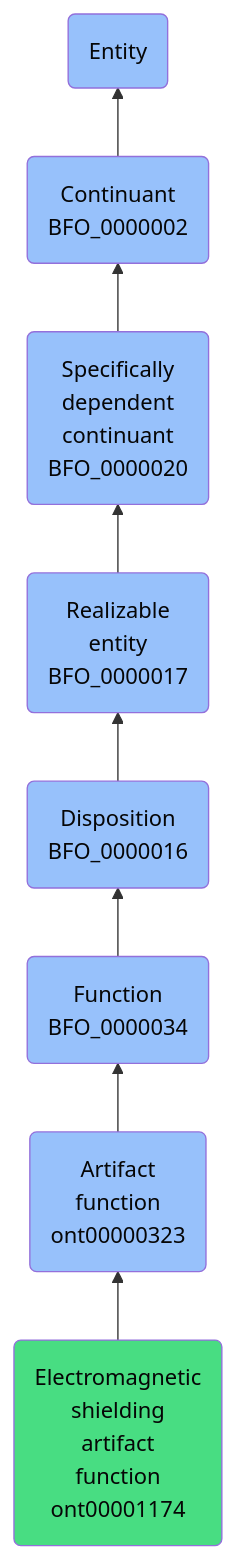
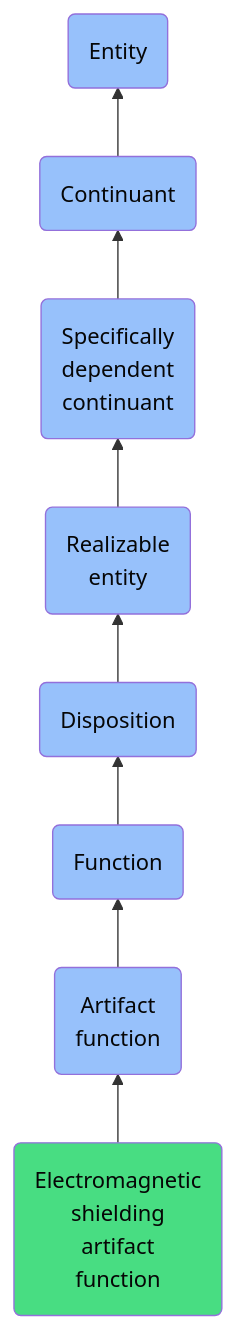
The diagram in docs/ontology/reference/model/Entity/Continuant/Specifically dependent continuant/Realizable entity/Disposition/Function/Artifact function/Electromagnetic shielding artifact function/Electromagnetic shielding artifact function.md (jupyter-naas/abi), drawn with Mermaid before and after one commit. The commit also changed other lines of this file and 1430 other files, not shown here.

````diff
--- a/docs/ontology/reference/model/Entity/Continuant/Specifically dependent continuant/Realizable entity/Disposition/Function/Artifact function/Electromagnetic shielding artifact function/Electromagnetic shielding artifact function.md
+++ b/docs/ontology/reference/model/Entity/Continuant/Specifically dependent continuant/Realizable entity/Disposition/Function/Artifact function/Electromagnetic shielding artifact function/Electromagnetic shielding artifact function.md
@@ -24,15 +24,15 @@
 ```mermaid
 graph BT
-    ont00001174(Electromagnetic<br>shielding<br>artifact<br>function<br>ont00001174):::ABI-->ont00000323
-    ont00000323(Artifact<br>function<br>ont00000323):::BFO-->BFO_0000034
-    BFO_0000034(Function<br>BFO_0000034):::BFO-->BFO_0000016
-    BFO_0000016(Disposition<br>BFO_0000016):::BFO-->BFO_0000017
-    BFO_0000017(Realizable<br>entity<br>BFO_0000017):::BFO-->BFO_0000020
-    BFO_0000020(Specifically<br>dependent<br>continuant<br>BFO_0000020):::BFO-->BFO_0000002
-    BFO_0000002(Continuant<br>BFO_0000002):::BFO-->BFO_0000001
+    ont00001174(Electromagnetic<br>shielding<br>artifact<br>function):::ABI-->ont00000323
+    ont00000323(Artifact<br>function):::BFO-->BFO_0000034
+    BFO_0000034(Function):::BFO-->BFO_0000016
+    BFO_0000016(Disposition):::BFO-->BFO_0000017
+    BFO_0000017(Realizable<br>entity):::BFO-->BFO_0000020
+    BFO_0000020(Specifically<br>dependent<br>continuant):::BFO-->BFO_0000002
+    BFO_0000002(Continuant):::BFO-->BFO_0000001
     BFO_0000001(Entity):::BFO
     
     classDef BFO fill:#97c1fb,color:#060606
     classDef CCO fill:#e4c51e,color:#060606
     classDef ABI fill:#48DD82,color:#060606
 ```
````
